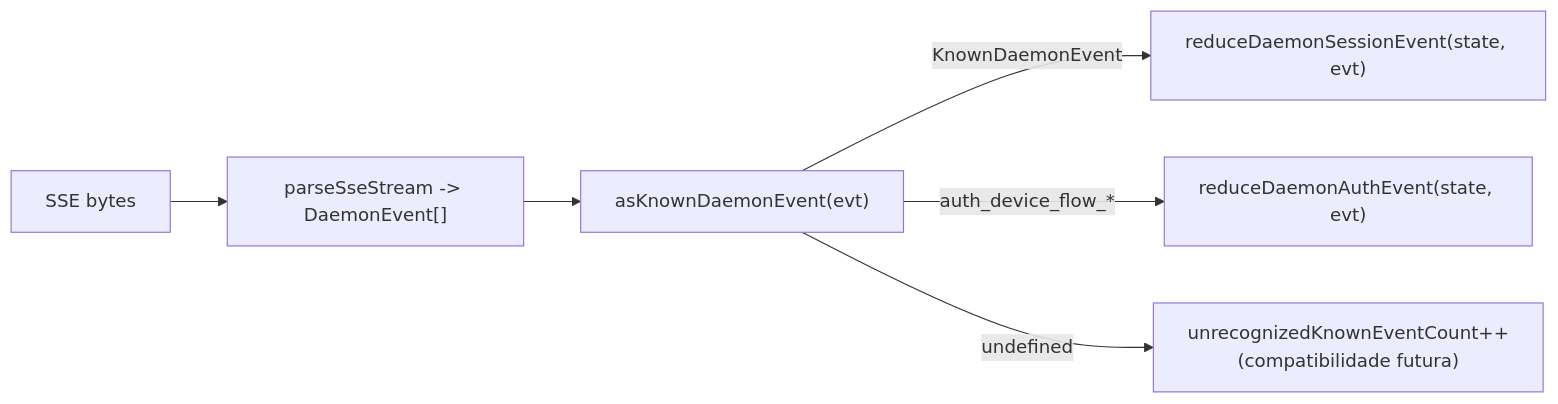
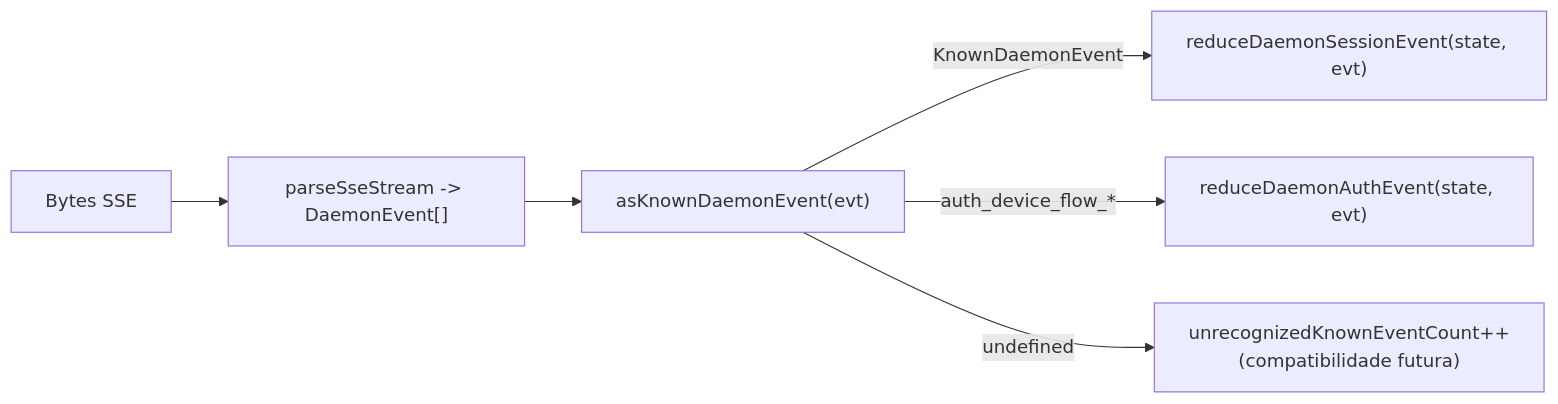
One commit to QwenLM/qwen-code-docs changed the second of 2 diagrams in website/content/pt-BR/developers/daemon/09-event-schema.md. Above: the diagram before and after it, drawn with Mermaid. The commit also changed other lines of this file and 128 other files, not shown here.

````diff
--- a/website/content/pt-BR/developers/daemon/09-event-schema.md
+++ b/website/content/pt-BR/developers/daemon/09-event-schema.md
@@ -193,8 +200,8 @@
 ```mermaid
 flowchart LR
-    A["SSE bytes"] --> B["parseSseStream -> DaemonEvent[]"]
+    A["Bytes SSE"] --> B["parseSseStream -> DaemonEvent[]"]
     B --> C["asKnownDaemonEvent(evt)"]
     C -->|"KnownDaemonEvent"| D["reduceDaemonSessionEvent(state, evt)"]
     C -->|"auth_device_flow_*"| E["reduceDaemonAuthEvent(state, evt)"]
     C -->|"undefined"| F["unrecognizedKnownEventCount++<br/>(compatibilidade futura)"]
 ```
````
